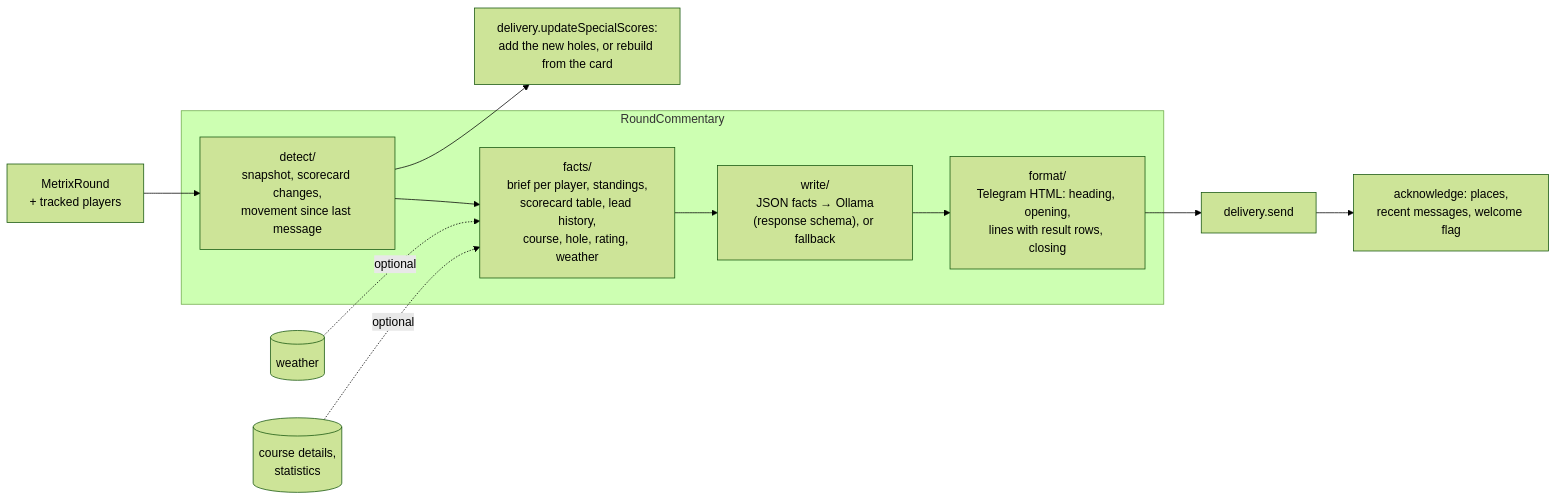
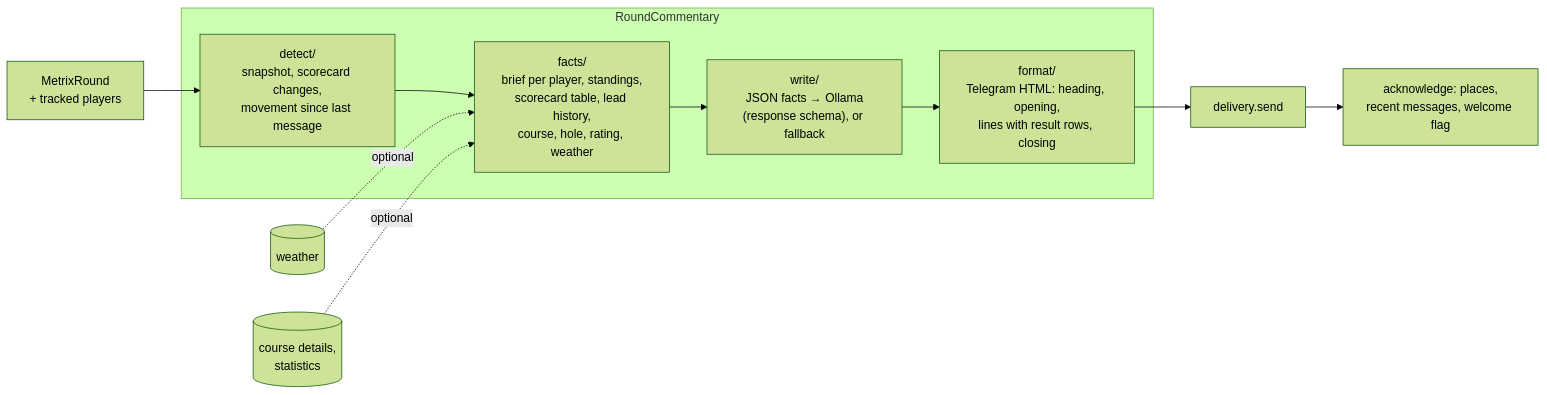
The diagram in src/features/commentary/README.md (saarinenvh/sakariheitaja), drawn with Mermaid (forest theme) before and after one commit. The commit also changed other lines of this file and 35 other files, not shown here.

First line of the commit message:
fix: sync special scores from the card every poll; /lopeta keeps the round

````diff
--- a/src/features/commentary/README.md
+++ b/src/features/commentary/README.md
@@ -25,15 +20,14 @@
 ```mermaid
 flowchart LR
     Poll[MetrixRound<br/>+ tracked players] --> Detect
-    Detect --> Save[delivery.updateSpecialScores:<br/>add the new holes, or rebuild from the card]
     subgraph RoundCommentary
       Detect["detect/<br/>snapshot, scorecard changes,<br/>movement since last message"] --> Facts
       Facts["facts/<br/>brief per player, standings,<br/>scorecard table, lead history,<br/>course, hole, rating, weather"] --> Write
       Write["write/<br/>JSON facts → Ollama<br/>(response schema), or fallback"] --> Format
       Format["format/<br/>Telegram HTML: heading, opening,<br/>lines with result rows, closing"]
     end
     Format --> Send[delivery.send]
     Send --> Ack[acknowledge: places,<br/>recent messages, welcome flag]
     Weather[(weather)] -. optional .-> Facts
     Course[(course details,<br/>statistics)] -. optional .-> Facts
 ```
````
